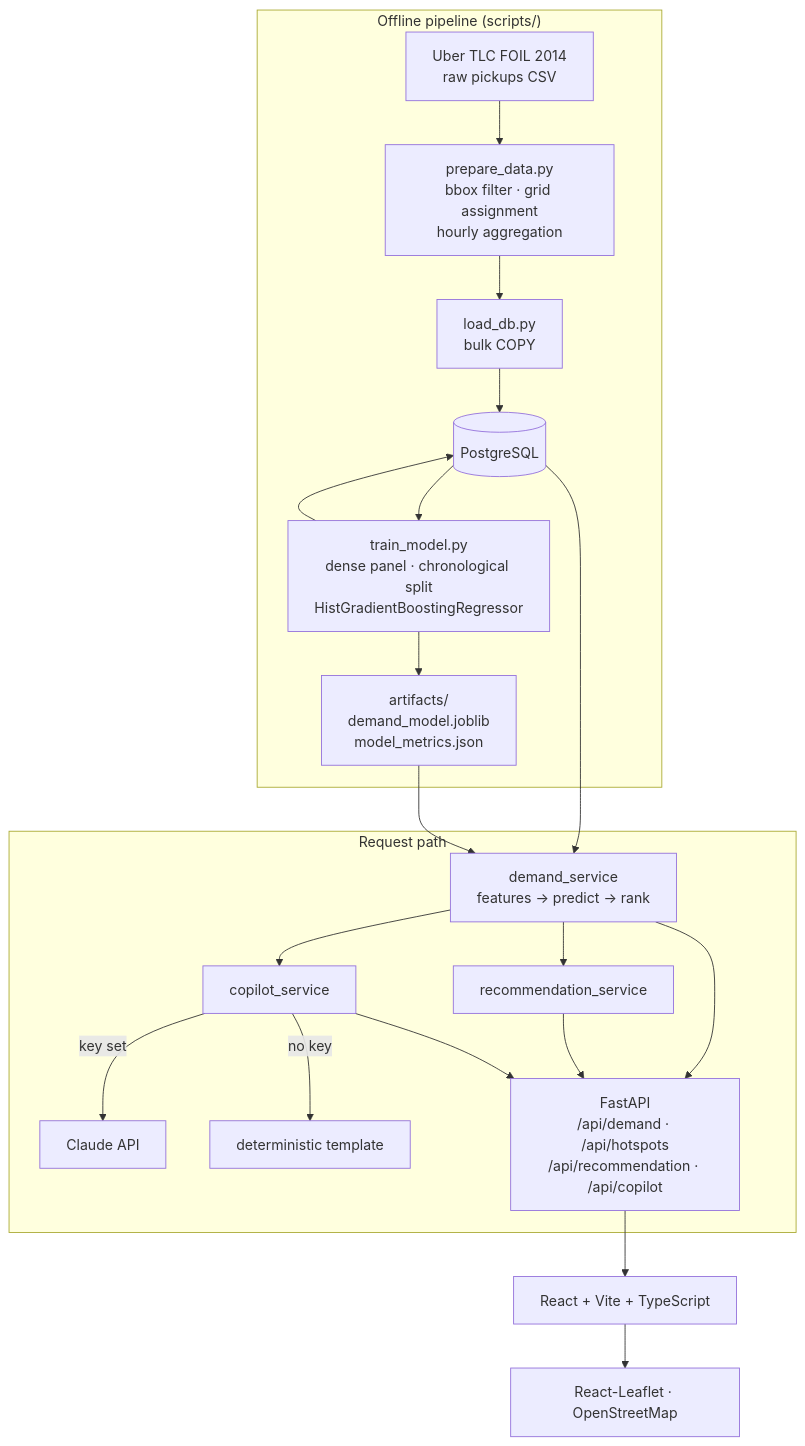
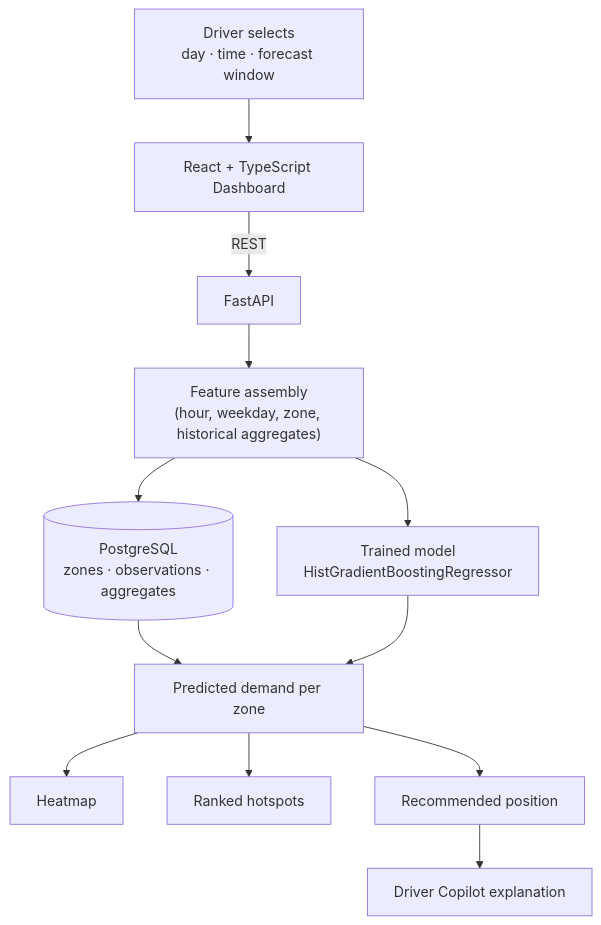
One commit to POOJIKASRI-V-29/RideDemand-Driver-Demand-Forecast changed the diagram in README.md. Above: the diagram before and after it, drawn with Mermaid. The commit also changed other lines of this file, not shown here.

````diff
--- a/README.md
+++ b/README.md
@@ -98,26 +43,14 @@
 ```mermaid
-flowchart TB
-    subgraph offline["Offline pipeline (scripts/)"]
-        A["Uber TLC FOIL 2014<br/>raw pickups CSV"] --> B["prepare_data.py<br/>bbox filter · grid assignment<br/>hourly aggregation"]
-        B --> C["load_db.py<br/>bulk COPY"]
-        C --> DB[("PostgreSQL")]
-        DB --> D["train_model.py<br/>dense panel · chronological split<br/>HistGradientBoostingRegressor"]
-        D --> DB
-        D --> E["artifacts/<br/>demand_model.joblib<br/>model_metrics.json"]
-    end
-
-    subgraph online["Request path"]
-        DB --> F["demand_service<br/>features → predict → rank"]
-        E --> F
-        F --> G["recommendation_service"]
-        F --> H["copilot_service"]
-        H -->|"key set"| I["Claude API"]
-        H -->|"no key"| J["deterministic template"]
-        F --> API["FastAPI<br/>/api/demand · /api/hotspots<br/>/api/recommendation · /api/copilot"]
-        G --> API
-        H --> API
-    end
-
-    API --> UI["React + Vite + TypeScript"]
-    UI --> MAP["React-Leaflet · OpenStreetMap"]
+flowchart TD
+    A["Driver selects<br/>day · time · forecast window"] --> B["React + TypeScript Dashboard"]
+    B -->|REST| C["FastAPI"]
+    C --> D["Feature assembly<br/>(hour, weekday, zone, historical aggregates)"]
+    D --> E[("PostgreSQL<br/>zones · observations · aggregates")]
+    D --> F["Trained model<br/>HistGradientBoostingRegressor"]
+    E --> G["Predicted demand per zone"]
+    F --> G
+    G --> H["Heatmap"]
+    G --> I["Ranked hotspots"]
+    G --> J["Recommended position"]
+    J --> K["Driver Copilot explanation"]
 ```
````
